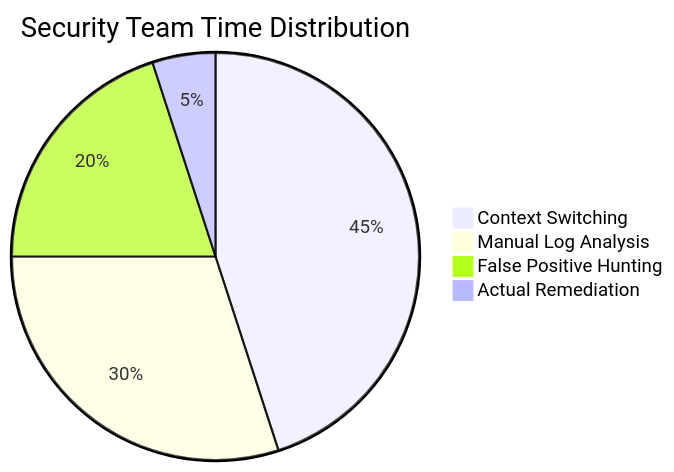
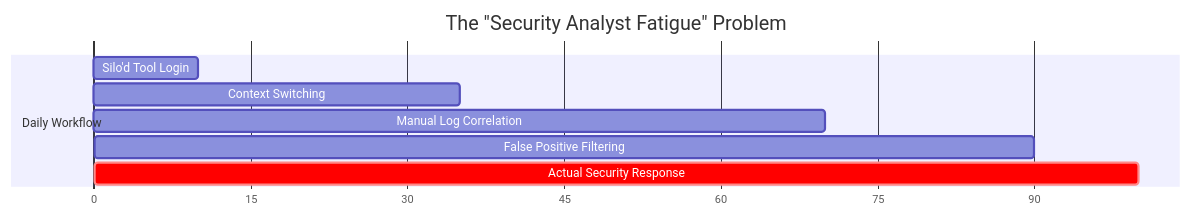
One commit to MazenAlaa305/ORCHESTRATION-SECURITY-CENTER changed the first of 5 diagrams in FOUND_404_PRESENTATION.md. Above: the diagram before and after it, drawn with Mermaid. The commit also changed other lines of this file, not shown here.

Commit message:
docs: add comprehensive 15-slide orchestration presentation with AI reasoning and visual flows

````diff
--- a/FOUND_404_PRESENTATION.md
+++ b/FOUND_404_PRESENTATION.md
@@ -25,7 +30,12 @@
 ```mermaid
-pie title Security Team Time Distribution
-    "Context Switching" : 45
-    "Manual Log Analysis" : 30
-    "False Positive Hunting" : 20
-    "Actual Remediation" : 5
+gantt
+    title The "Security Analyst Fatigue" Problem
+    dateFormat  X
+    axisFormat %s
+    section Daily Workflow
+    Silo'd Tool Login        :a1, 0, 10
+    Context Switching        :a2, 10, 35
+    Manual Log Correlation   :a3, 35, 70
+    False Positive Filtering :a4, 70, 90
+    Actual Security Response :crit, a5, 90, 100
 ```
````
